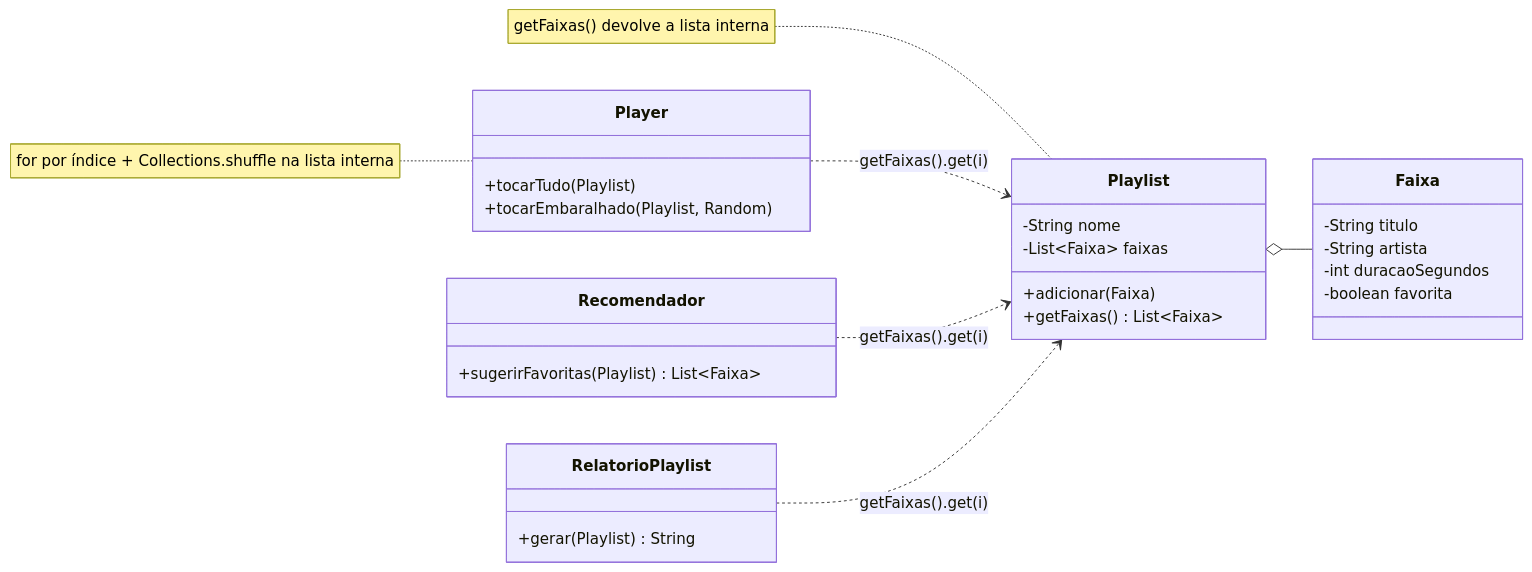
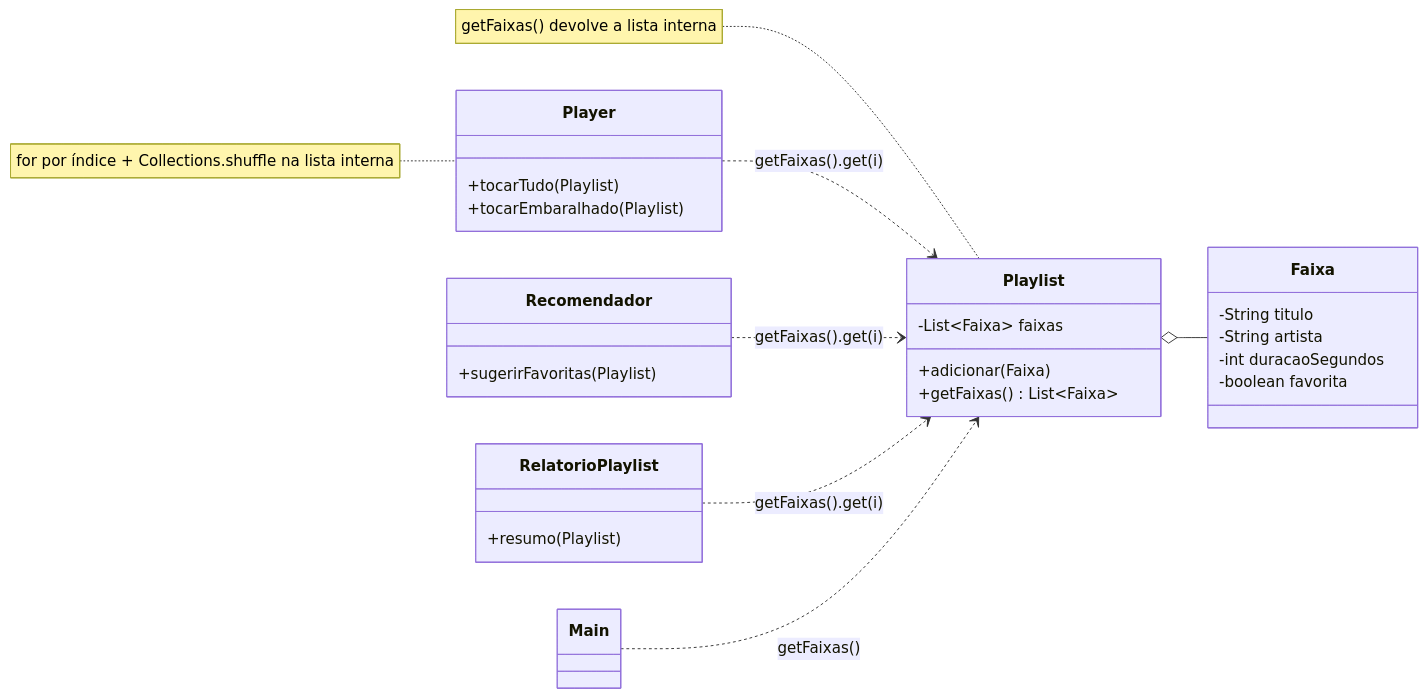
The first of 2 diagrams in README.md (GabrielMacielZavarize/exercicio_iterator), drawn with Mermaid before and after one commit. The commit also changed other lines of this file and 16 other files, not shown here.

````diff
--- a/README.md
+++ b/README.md
@@ -88,32 +100,33 @@
 ```mermaid
 classDiagram
     direction LR
     class Faixa {
         -String titulo
         -String artista
         -int duracaoSegundos
         -boolean favorita
     }
     class Playlist {
-        -String nome
         -List~Faixa~ faixas
         +adicionar(Faixa)
         +getFaixas() List~Faixa~
     }
     class Player {
         +tocarTudo(Playlist)
-        +tocarEmbaralhado(Playlist, Random)
+        +tocarEmbaralhado(Playlist)
     }
     class Recomendador {
-        +sugerirFavoritas(Playlist) List~Faixa~
+        +sugerirFavoritas(Playlist)
     }
     class RelatorioPlaylist {
-        +gerar(Playlist) String
+        +resumo(Playlist)
     }
+    class Main
     note for Playlist "getFaixas() devolve a lista interna"
     note for Player "for por índice + Collections.shuffle na lista interna"
     Playlist o-- Faixa
     Player ..> Playlist : getFaixas().get(i)
     Recomendador ..> Playlist : getFaixas().get(i)
     RelatorioPlaylist ..> Playlist : getFaixas().get(i)
+    Main ..> Playlist : getFaixas()
 ```
````
